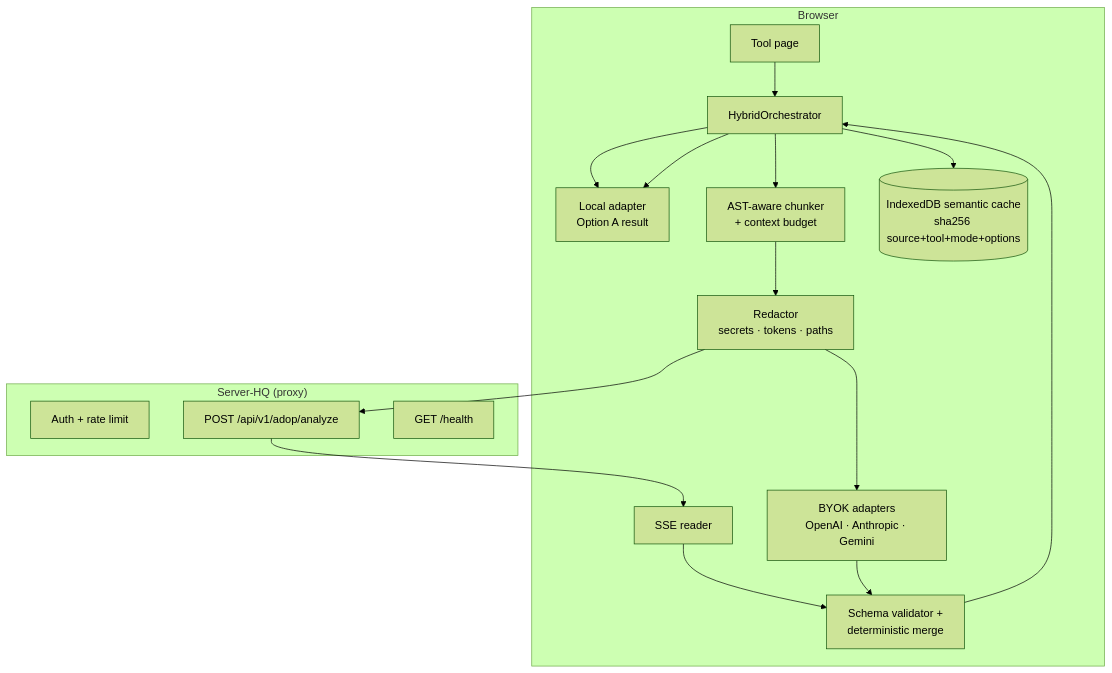
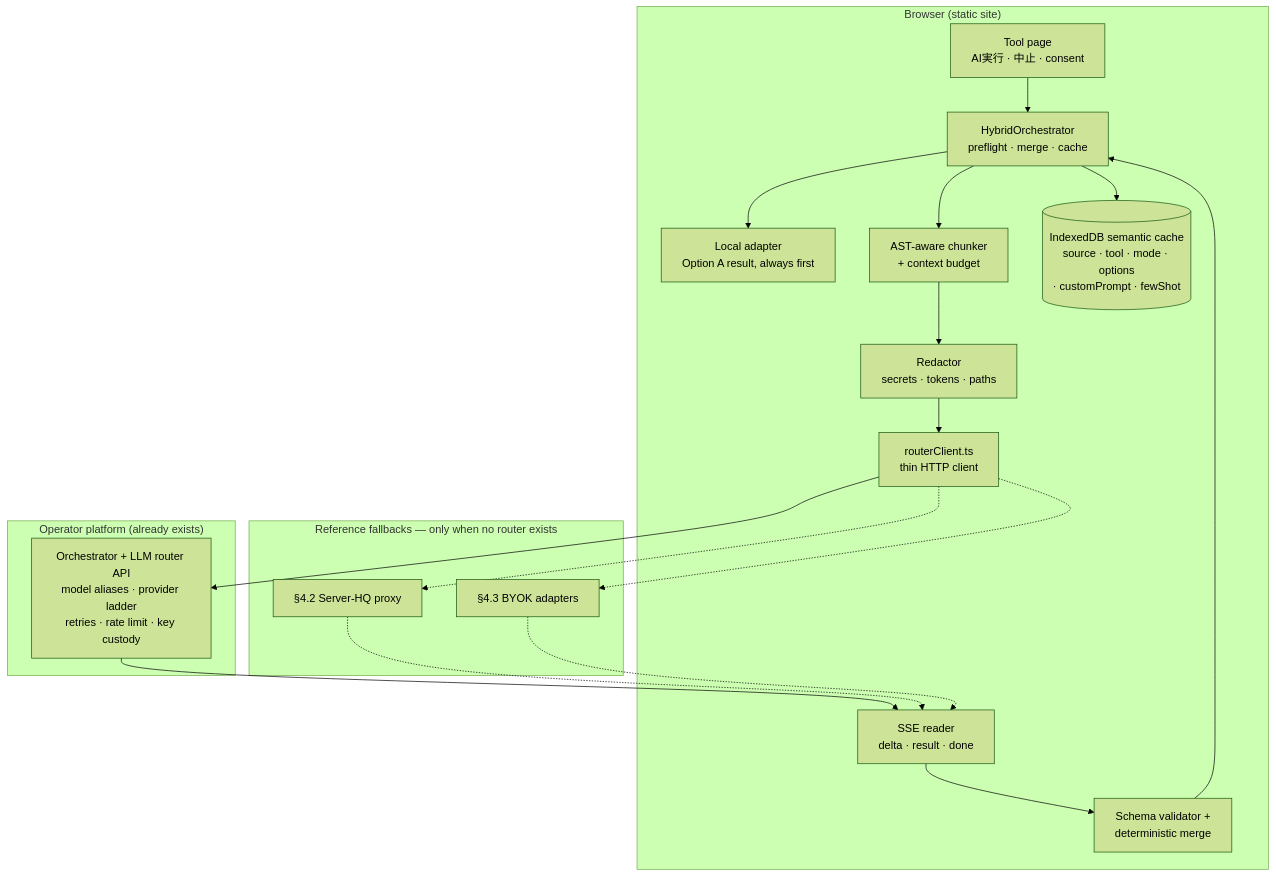
The eighth of 9 diagrams in ARCHITECTURE.md (HyangDan2/ADOP0001), drawn with Mermaid (forest theme) before and after one commit. The commit also changed other lines of this file, not shown here.

Commit message:
docs(architecture): specify external orchestrator & LLM router integration API

````diff
--- a/ARCHITECTURE.md
+++ b/ARCHITECTURE.md
@@ -385,28 +556,32 @@
 ```mermaid
 flowchart TB
-  subgraph Browser
-    UI[Tool page]
-    ORC[HybridOrchestrator]
-    LOCAL[Local adapter<br/>Option A result]
+  subgraph Browser["Browser (static site)"]
+    UI["Tool page<br/>AI実行 · 中止 · consent"]
+    ORC[HybridOrchestrator<br/>preflight · merge · cache]
+    LOCAL[Local adapter<br/>Option A result, always first]
     CHUNK[AST-aware chunker<br/>+ context budget]
     RED[Redactor<br/>secrets · tokens · paths]
-    CACHE[(IndexedDB semantic cache<br/>sha256 source+tool+mode+options)]
-    SSE[SSE reader]
+    RC["routerClient.ts<br/>thin HTTP client"]
+    CACHE[(IndexedDB semantic cache<br/>source · tool · mode · options<br/>· customPrompt · fewShot)]
+    SSE[SSE reader<br/>delta · result · done]
     MERGE[Schema validator +<br/>deterministic merge]
-    BYOK[BYOK adapters<br/>OpenAI · Anthropic · Gemini]
   end
-  subgraph ServerHQ["Server-HQ (proxy)"]
-    AUTH[Auth + rate limit]
-    API["POST /api/v1/adop/analyze"]
-    HEALTH["GET /health"]
+  subgraph Operator["Operator platform (already exists)"]
+    ROUTER["Orchestrator + LLM router API<br/>model aliases · provider ladder<br/>retries · rate limit · key custody"]
+  end
+  subgraph Fallback["Reference fallbacks — only when no router exists"]
+    PROXY["§4.2 Server-HQ proxy"]
+    BYOK["§4.3 BYOK adapters"]
   end
   UI --> ORC
+  ORC --> LOCAL
   ORC --> CACHE
-  ORC --> LOCAL
-  ORC --> CHUNK --> RED --> API
-  RED --> BYOK
-  API --> SSE --> MERGE
-  BYOK --> MERGE
+  ORC --> CHUNK --> RED --> RC
+  RC --> ROUTER
+  RC -.-> PROXY
+  RC -.-> BYOK
+  ROUTER --> SSE --> MERGE
+  PROXY -.-> SSE
+  BYOK -.-> SSE
   MERGE --> ORC
-  ORC --> LOCAL
 ```
````
